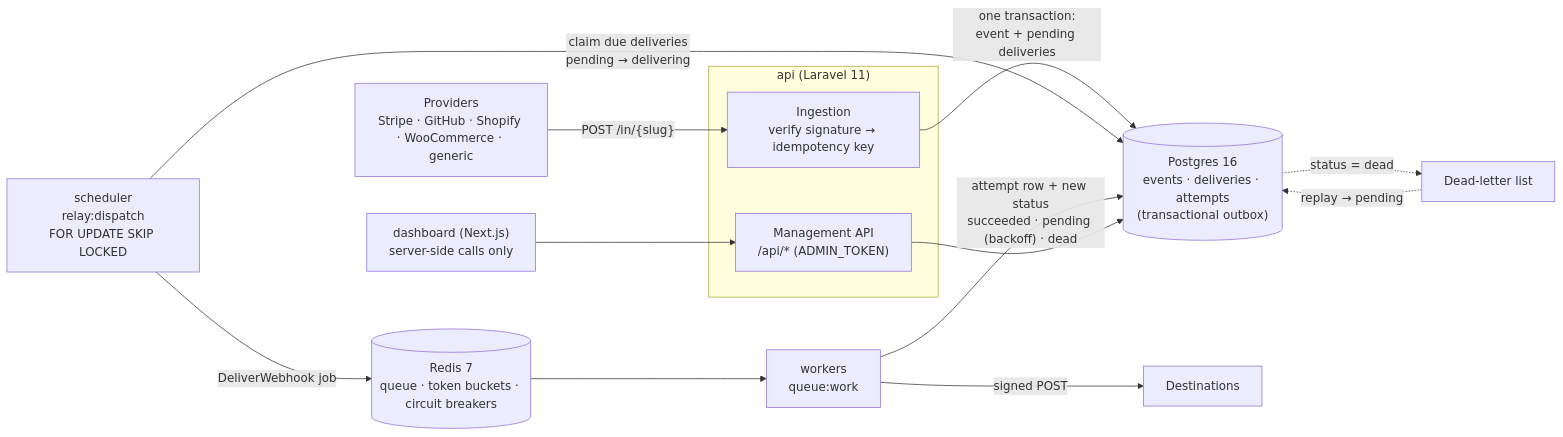
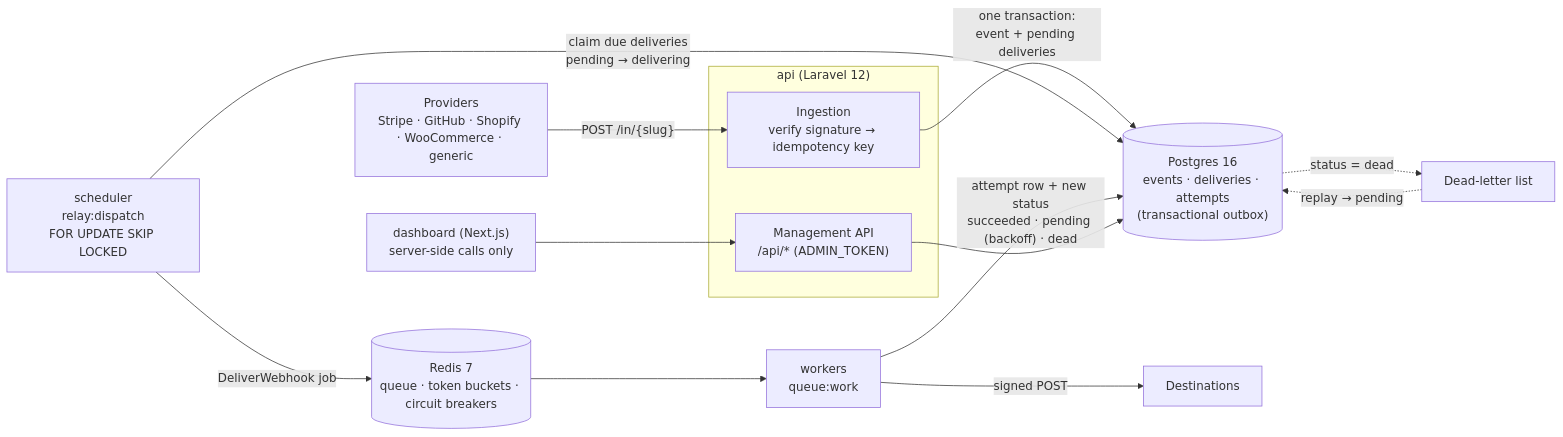
The diagram in README.md (IreDanielOlaPeters/hookrelay), drawn with Mermaid before and after one commit. The commit also changed other lines of this file and 2 other files, not shown here.

Commit message:
build(api): upgrade to laravel 12 and drop ignored security advisories

````diff
--- a/README.md
+++ b/README.md
@@ -36,23 +36,23 @@
 ```mermaid
 flowchart LR
     P["Providers<br/>Stripe · GitHub · Shopify · WooCommerce · generic"] -->|"POST /in/{slug}"| I
 
-    subgraph API["api (Laravel 11)"]
+    subgraph API["api (Laravel 12)"]
         I["Ingestion<br/>verify signature → idempotency key"]
         M["Management API<br/>/api/* (ADMIN_TOKEN)"]
     end
 
     I -->|"one transaction:<br/>event + pending deliveries"| PG[("Postgres 16<br/>events · deliveries · attempts<br/>(transactional outbox)")]
 
     S["scheduler<br/>relay:dispatch<br/>FOR UPDATE SKIP LOCKED"] -->|"claim due deliveries<br/>pending → delivering"| PG
     S -->|"DeliverWebhook job"| R[("Redis 7<br/>queue · token buckets · circuit breakers")]
     R --> W["workers<br/>queue:work"]
     W -->|"signed POST"| D["Destinations"]
     W -->|"attempt row + new status<br/>succeeded · pending (backoff) · dead"| PG
 
     PG -.->|"status = dead"| DL["Dead-letter list"]
     DL -.->|"replay → pending"| PG
 
     UI["dashboard (Next.js)<br/>server-side calls only"] --> M
     M --> PG
 ```
````
